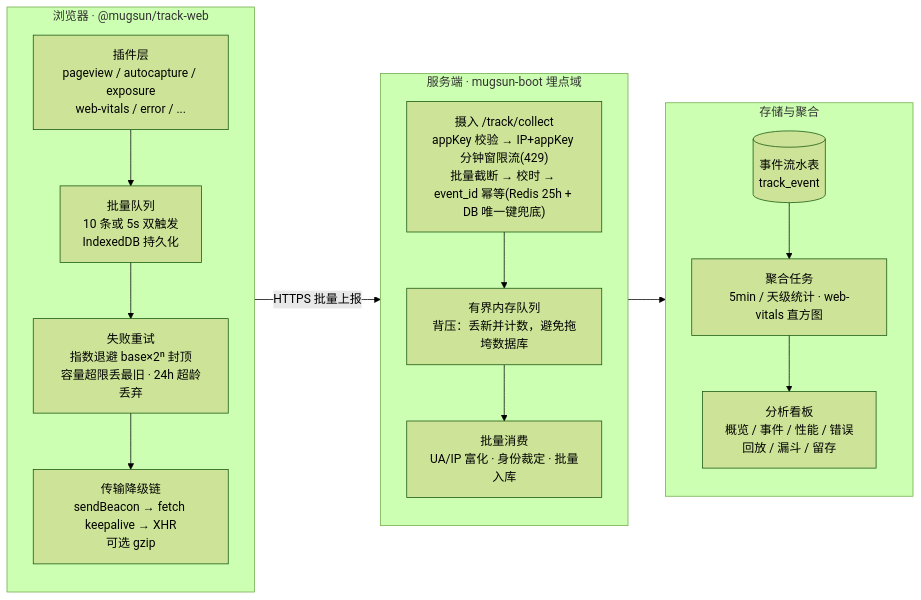
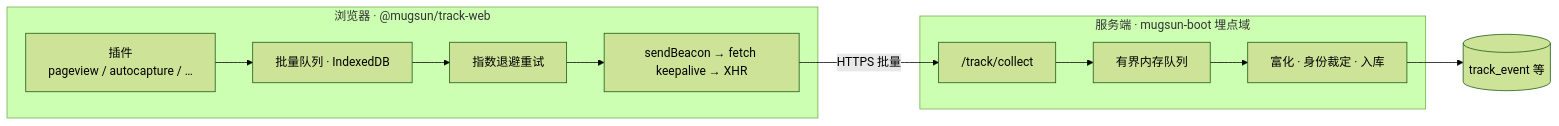
The diagram in README.md (mugsun/mugsun-track), drawn with Mermaid (forest theme) before and after one commit. The commit also changed other lines of this file and 1 other file, not shown here.

````diff
--- a/README.md
+++ b/README.md
@@ -29,30 +29,18 @@
 ```mermaid
 flowchart LR
   subgraph browser["浏览器 · @mugsun/track-web"]
-    direction TB
-    P["插件层<br/>pageview / autocapture / exposure<br/>web-vitals / error / ..."]
-    Q["批量队列<br/>10 条或 5s 双触发<br/>IndexedDB 持久化"]
-    R["失败重试<br/>指数退避 base×2ⁿ 封顶<br/>容量超限丢最旧 · 24h 超龄丢弃"]
-    T["传输降级链<br/>sendBeacon → fetch keepalive → XHR<br/>可选 gzip"]
+    P["插件<br/>pageview / autocapture / …"]
+    Q["批量队列 · IndexedDB"]
+    R["指数退避重试"]
+    T["sendBeacon → fetch keepalive → XHR"]
     P --> Q --> R --> T
   end
-
   subgraph server["服务端 · mugsun-boot 埋点域"]
-    direction TB
-    I["摄入 /track/collect<br/>appKey 校验 → IP+appKey 分钟窗限流(429)<br/>批量截断 → 校时 → event_id 幂等(Redis 25h + DB 唯一键兜底)"]
-    B["有界内存队列<br/>背压：丢新并计数，避免拖垮数据库"]
-    C["批量消费<br/>UA/IP 富化 · 身份裁定 · 批量入库"]
+    I["/track/collect"]
+    B["有界内存队列"]
+    C["富化 · 身份裁定 · 入库"]
     I --> B --> C
   end
-
-  subgraph store["存储与聚合"]
-    direction TB
-    DB[("事件流水表<br/>track_event")]
-    J["聚合任务<br/>5min / 天级统计 · web-vitals 直方图"]
-    D["分析看板<br/>概览 / 事件 / 性能 / 错误<br/>回放 / 漏斗 / 留存"]
-    DB --> J --> D
-  end
-
-  T -->|HTTPS 批量上报| I
-  C --> DB
+  T -->|HTTPS 批量| I
+  C --> DB[("track_event 等")]
 ```
````
